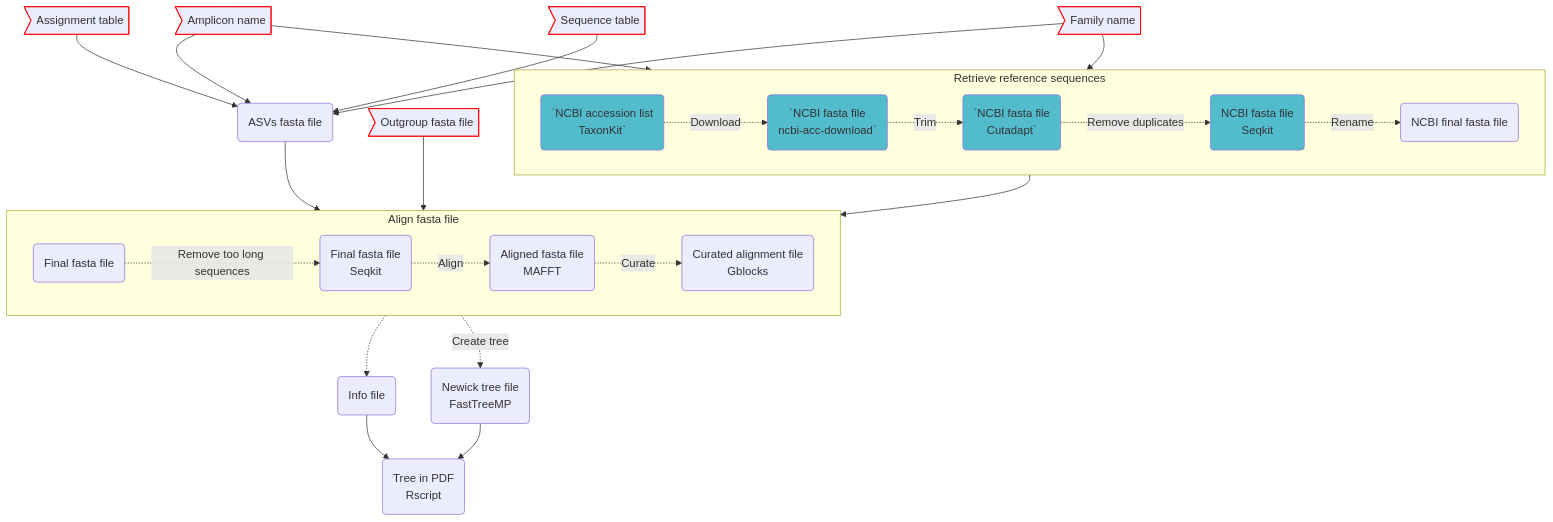
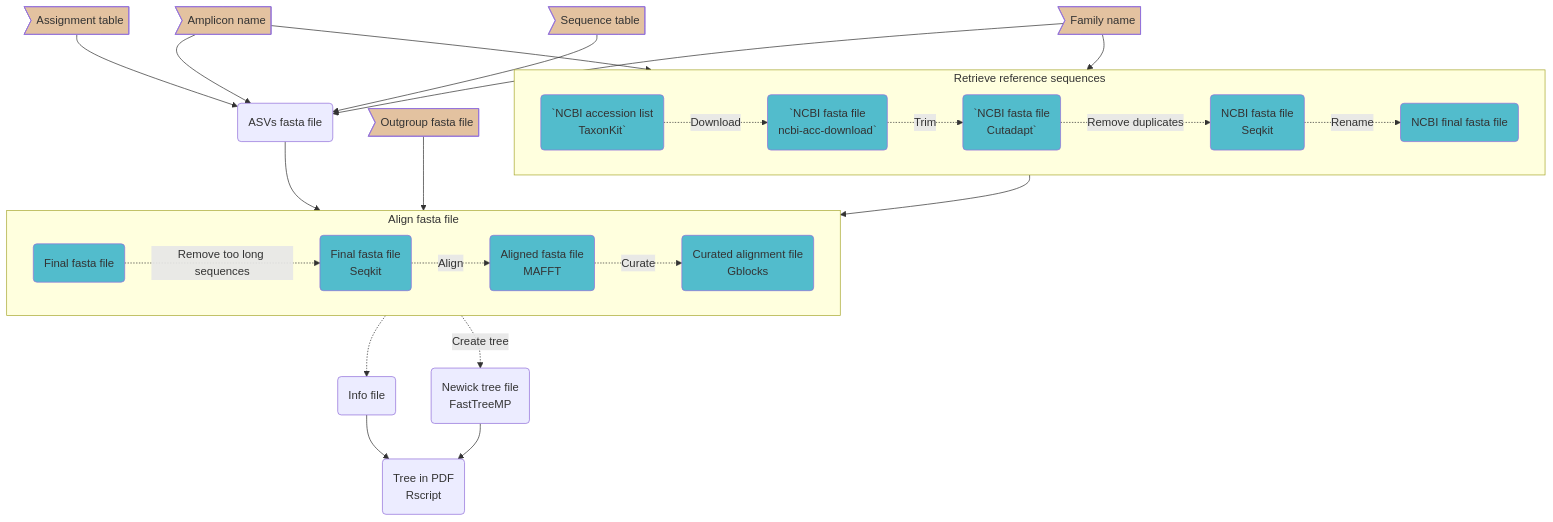
One commit to Enorya/Phylo-tree_eDNA changed the diagram in README.md. Above: the diagram before and after it, drawn with Mermaid.

````diff
--- a/README.md
+++ b/README.md
@@ -20,48 +20,48 @@
 ```mermaid
 flowchart TB
 	amplicon>Amplicon name]
 	family>Family name]
 	Assign>Assignment table]
 	Seq>Sequence table]
 	Out>Outgroup fasta file]
 	step1(`NCBI accession list
 TaxonKit`)
 	step2(`NCBI fasta file
 ncbi-acc-download`)
 	step3(`NCBI fasta file
 Cutadapt`)
 	step4(NCBI fasta file
 Seqkit)
 	step5(NCBI final fasta file)
 	step6(ASVs fasta file)
 	step7(Final fasta file)
 	step8(Final fasta file
 Seqkit)
 	step9(Aligned fasta file
 MAFFT)
 	step10(Curated alignment file
 Gblocks)
 	step11(Newick tree file
 FastTreeMP)
 	step12(Info file)
 	step13(Tree in PDF
 Rscript)
 
 	subgraph "Retrieve reference sequences"
 		direction LR
-        	step1:::blue -.->|Download| step2:::blue -.->|Trim| step3:::blue -.->|Remove duplicates| step4:::blue -.->|Rename| step5
+        	step1:::blue -.->|Download| step2:::blue -.->|Trim| step3:::blue -.->|Remove duplicates| step4:::blue -.->|Rename| step5:::blue
 	end
 	subgraph "Align fasta file"
 		direction LR
-        	step7 -.->|Remove too long sequences| step8 -.->|Align| step9 -.->|Curate| step10
+        	step7:::blue -.->|Remove too long sequences| step8:::blue -.->|Align| step9:::blue -.->|Curate| step10:::blue
 	end
 	amplicon:::red --> step1
 	family:::red --> step1
 	amplicon:::red & Assign:::red & Seq:::red & family:::red --> step6
 	step5 & Out:::red & step6 --> step7
 	step10 -.-> step12 --> step13
 	step10 -.->|Create tree| step11 --> step13
-	classDef red stroke:#f00
+	classDef red fill:#e3c2a0
 	classDef blue fill:#52bccc
 
 ```
````
